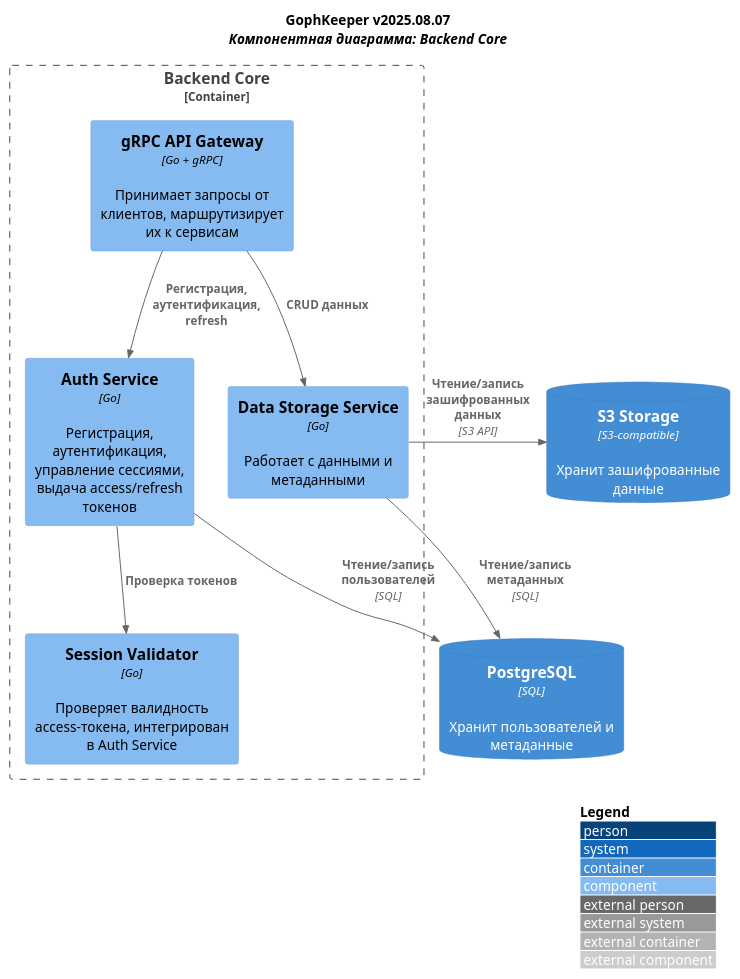
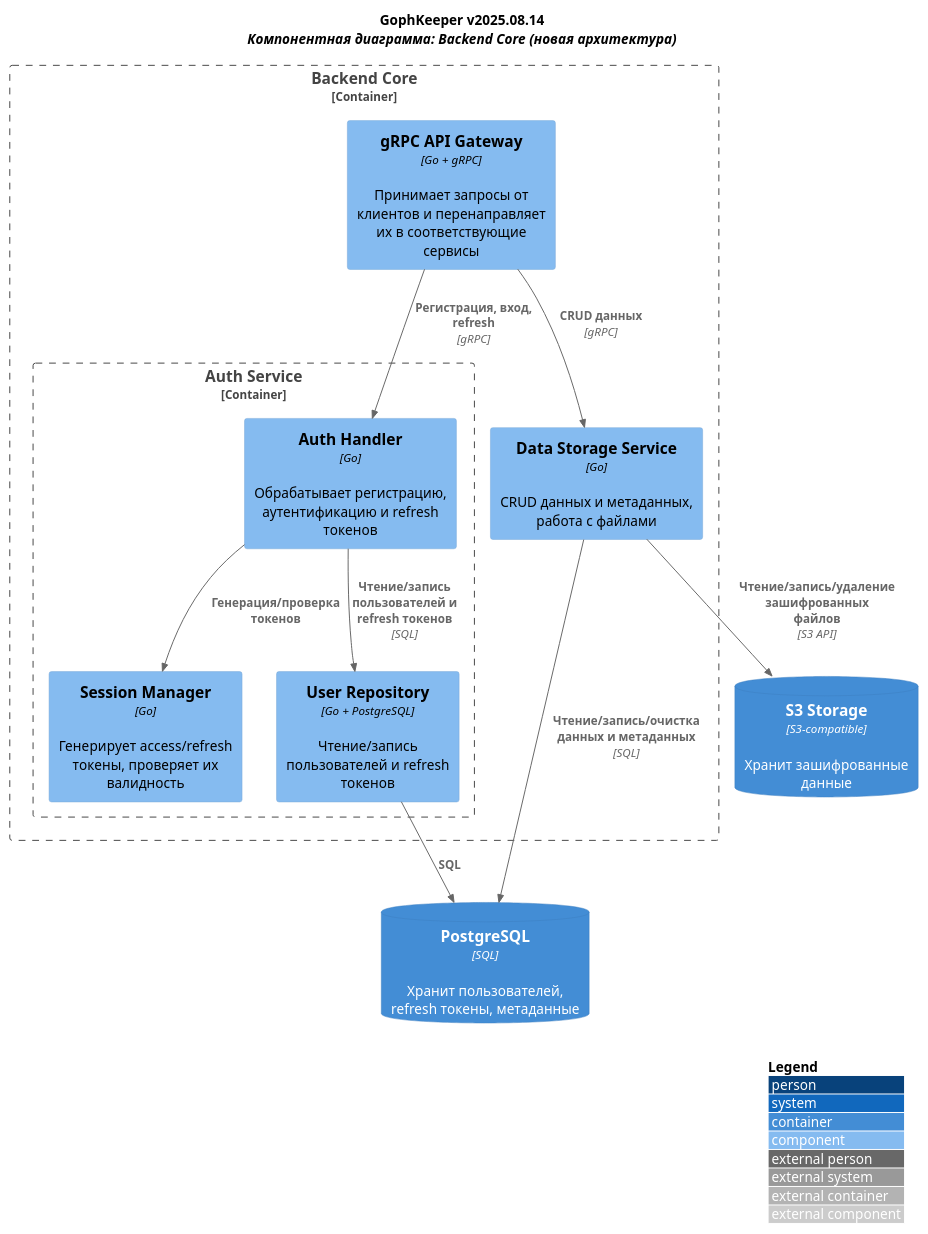
The diagram in docs/c4-server-component-view.puml (talx-hub/gophkeeper), drawn with PlantUML before and after one commit. The commit also changed 5 other files, not shown here.

Commit message:
feat(auth): introduce session manager and token generator

```diff
--- a/docs/c4-server-component-view.puml
+++ b/docs/c4-server-component-view.puml
@@ -1,33 +1,40 @@
 @startuml
 !include https://raw.githubusercontent.com/plantuml-stdlib/C4-PlantUML/master/C4_Component.puml
 
 LAYOUT_WITH_LEGEND()
 LAYOUT_TOP_DOWN()
 
 title
-  <b>GophKeeper v2025.08.07</b>
-  <i>Компонентная диаграмма: Backend Core</i>
+  <b>GophKeeper v2025.08.14</b>
+  <i>Компонентная диаграмма: Backend Core (новая архитектура)</i>
 end title
 
 ' ==== Компоненты ядра ====
 Container_Boundary(backend_core, "Backend Core"){
-  Component(api_gateway, "gRPC API Gateway", "Go + gRPC", "Принимает запросы от клиентов, маршрутизирует их к сервисам")
-  Component(auth_service, "Auth Service", "Go", "Регистрация, аутентификация, управление сессиями, выдача access/refresh токенов")
-  Component(data_service, "Data Storage Service", "Go", "Работает с данными и метаданными")
-  Component(session_validator, "Session Validator", "Go", "Проверяет валидность access-токена, интегрирован в Auth Service")
+  Component(api_gateway, "gRPC API Gateway", "Go + gRPC", "Принимает запросы от клиентов и перенаправляет их в соответствующие сервисы")
+
+  Container_Boundary(auth_boundary, "Auth Service"){
+    Component(auth_handler, "Auth Handler", "Go", "Обрабатывает регистрацию, аутентификацию и refresh токенов")
+    Component(session_manager, "Session Manager", "Go", "Генерирует access/refresh токены, проверяет их валидность")
+    Component(auth_repo, "User Repository", "Go + PostgreSQL", "Чтение/запись пользователей и refresh токенов")
+  }
+
+  Component(data_service, "Data Storage Service", "Go", "CRUD данных и метаданных, работа с файлами")
 }
+
 ' ==== Внешние системы ====
-ContainerDb(pg_db, "PostgreSQL", "SQL", "Хранит пользователей и метаданные")
+ContainerDb(pg_db, "PostgreSQL", "SQL", "Хранит пользователей, refresh токены, метаданные")
 ContainerDb(s3_store, "S3 Storage", "S3-compatible", "Хранит зашифрованные данные")
 
 ' ==== Взаимодействия ====
-Rel(api_gateway, auth_service, "Регистрация, аутентификация, refresh")
-Rel(api_gateway, data_service, "CRUD данных")
+Rel(api_gateway, auth_handler, "Регистрация, вход, refresh", "gRPC")
+Rel(api_gateway, data_service, "CRUD данных", "gRPC")
 
-Rel(auth_service, session_validator, "Проверка токенов")
-Rel(auth_service, pg_db, "Чтение/запись пользователей", "SQL")
+Rel(auth_handler, auth_repo, "Чтение/запись пользователей и refresh токенов", "SQL")
+Rel(auth_handler, session_manager, "Генерация/проверка токенов")
+Rel(auth_repo, pg_db, "SQL")
 
-Rel(data_service, pg_db, "Чтение/запись метаданных", "SQL")
-Rel_R(data_service, s3_store, "Чтение/запись зашифрованных данных", "S3 API")
+Rel(data_service, pg_db, "Чтение/запись/очистка данных и метаданных", "SQL")
+Rel(data_service, s3_store, "Чтение/запись/удаление зашифрованных файлов", "S3 API")
 
 @enduml
```
